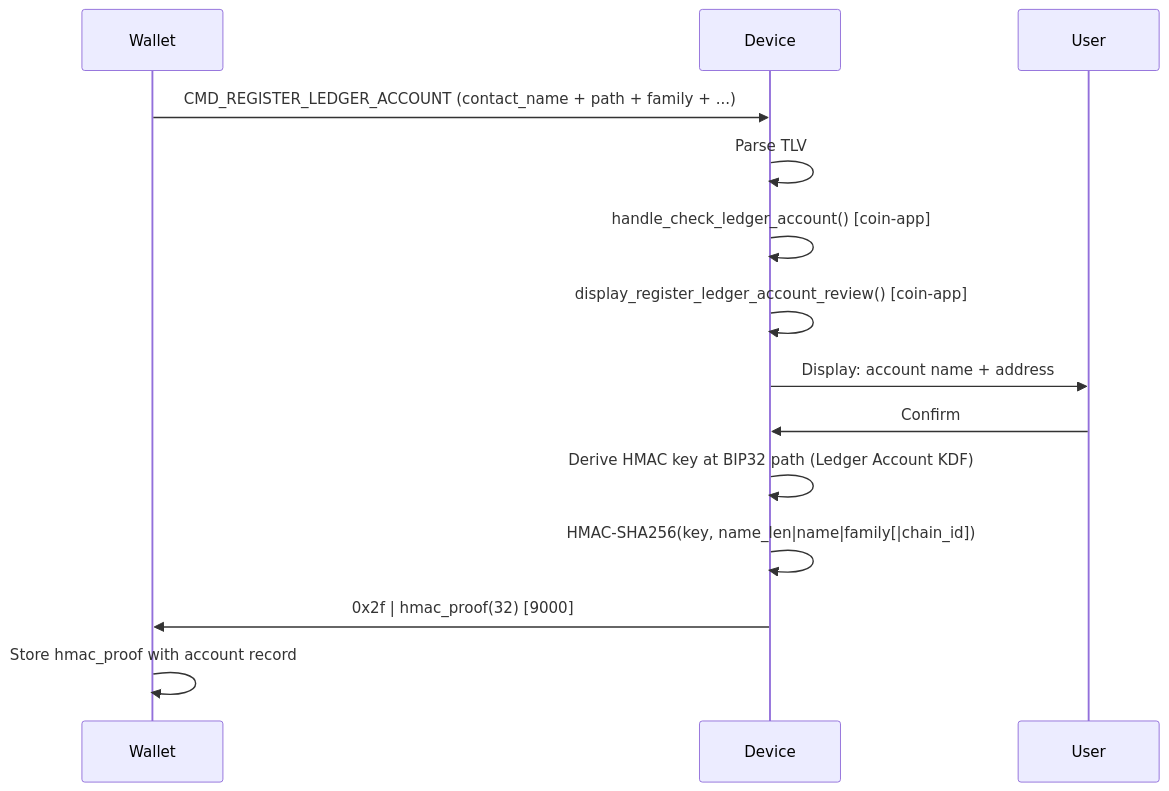
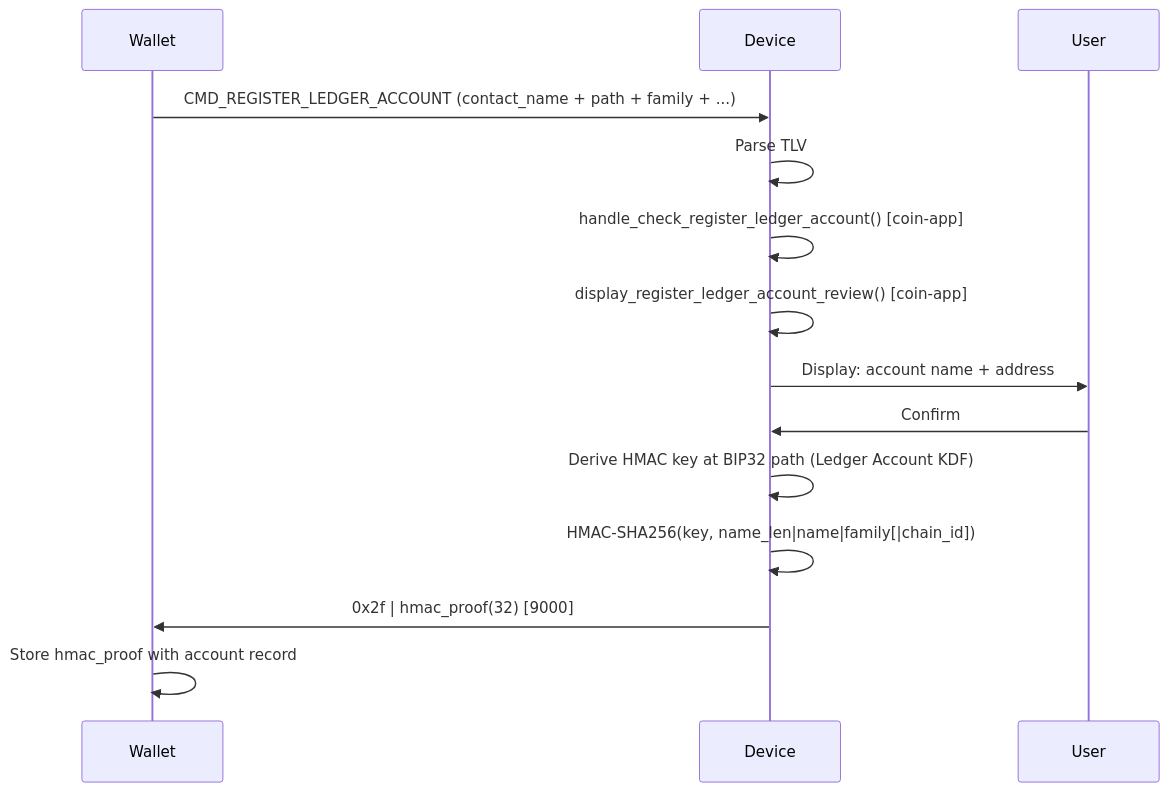
One commit to LedgerHQ/ledger-secure-sdk changed the seventh of 10 diagrams in app_features/address_book/doc/address_book_spec.md. Above: the diagram before and after it, drawn with Mermaid. The commit also changed other lines of this file, not shown here.

````diff
--- a/app_features/address_book/doc/address_book_spec.md
+++ b/app_features/address_book/doc/address_book_spec.md
@@ -543,17 +534,14 @@
 ```mermaid
 sequenceDiagram
-    participant W as Wallet
-    participant D as Device
-    participant U as User
 
-    W->>D: CMD_REGISTER_LEDGER_ACCOUNT (contact_name + path + family + ...)
-    D->>D: Parse TLV
-    D->>D: handle_check_ledger_account() [coin-app]
-    D->>D: display_register_ledger_account_review() [coin-app]
-    D->>U: Display: account name + address
-    U->>D: Confirm
-    D->>D: Derive HMAC key at BIP32 path (Ledger Account KDF)
-    D->>D: HMAC-SHA256(key, name_len|name|family[|chain_id])
-    D->>W: 0x2f | hmac_proof(32)  [9000]
-    W->>W: Store hmac_proof with account record
+    Wallet->>Device: CMD_REGISTER_LEDGER_ACCOUNT (contact_name + path + family + ...)
+    Device->>Device: Parse TLV
+    Device->>Device: handle_check_register_ledger_account() [coin-app]
+    Device->>Device: display_register_ledger_account_review() [coin-app]
+    Device->>User: Display: account name + address
+    User->>Device: Confirm
+    Device->>Device: Derive HMAC key at BIP32 path (Ledger Account KDF)
+    Device->>Device: HMAC-SHA256(key, name_len|name|family[|chain_id])
+    Device->>Wallet: 0x2f | hmac_proof(32)  [9000]
+    Wallet->>Wallet: Store hmac_proof with account record
 ```
````
